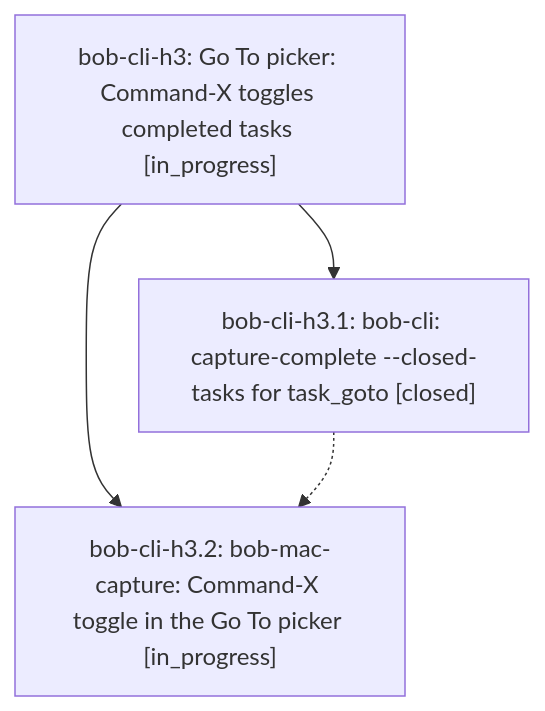
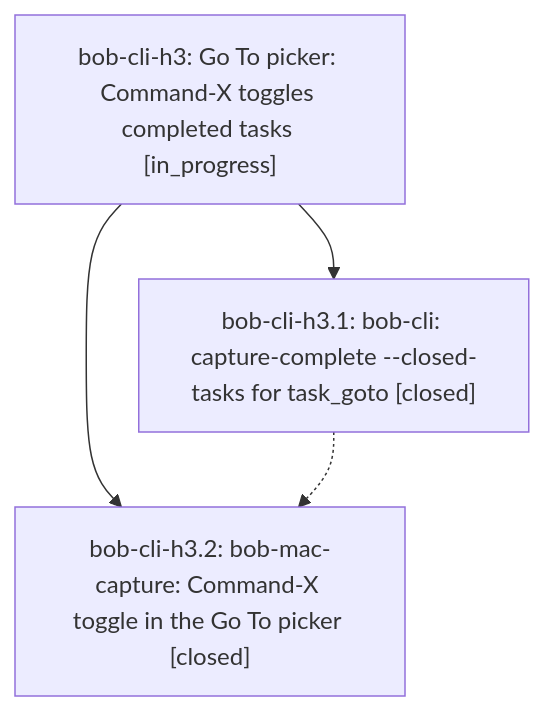
Before and after one commit to bobs-org/bob-cli--beads: the diagram in pages/bob-cli-h3/README.md, drawn with Mermaid. The commit also changed other lines of this file and 2 other files, not shown here.

First line of the commit message:
chore(beads): sync bead state and pages for bob-cli-h3

````diff
--- a/pages/bob-cli-h3/README.md
+++ b/pages/bob-cli-h3/README.md
@@ -23,9 +37,9 @@
 ```mermaid
 flowchart TD
     n0["bob-cli-h3: Go To picker: Command-X toggles completed tasks [in_progress]"]
     n1["bob-cli-h3.1: bob-cli: capture-complete --closed-tasks for task_goto [closed]"]
-    n2["bob-cli-h3.2: bob-mac-capture: Command-X toggle in the Go To picker [in_progress]"]
+    n2["bob-cli-h3.2: bob-mac-capture: Command-X toggle in the Go To picker [closed]"]
     n0 --> n1
     n0 --> n2
     n1 -.-> n2
 ```
````
